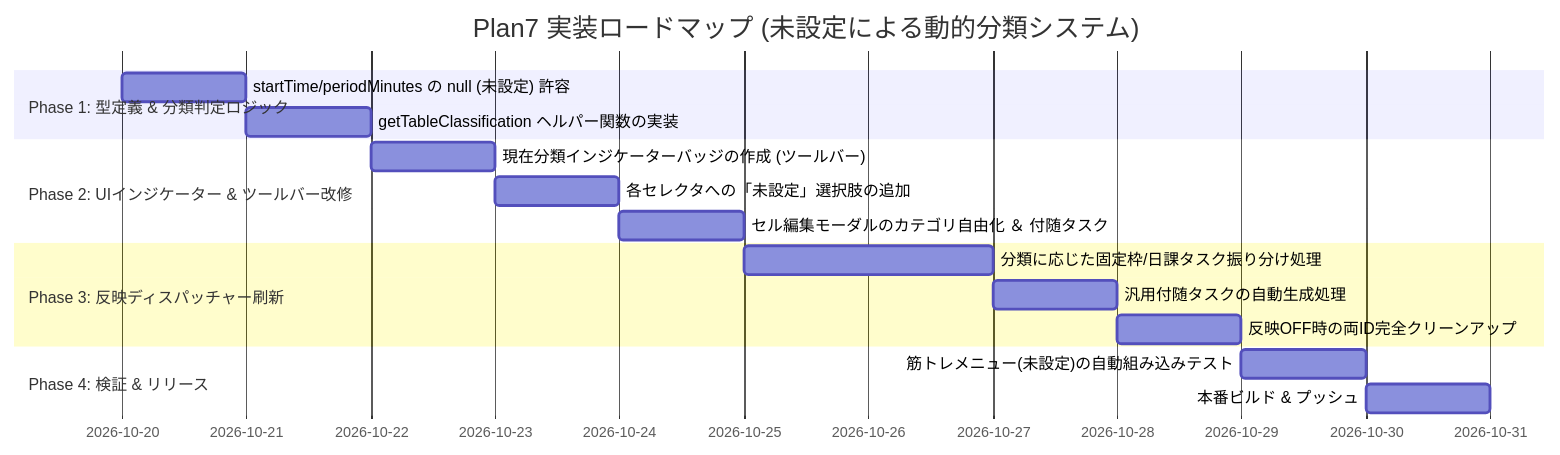
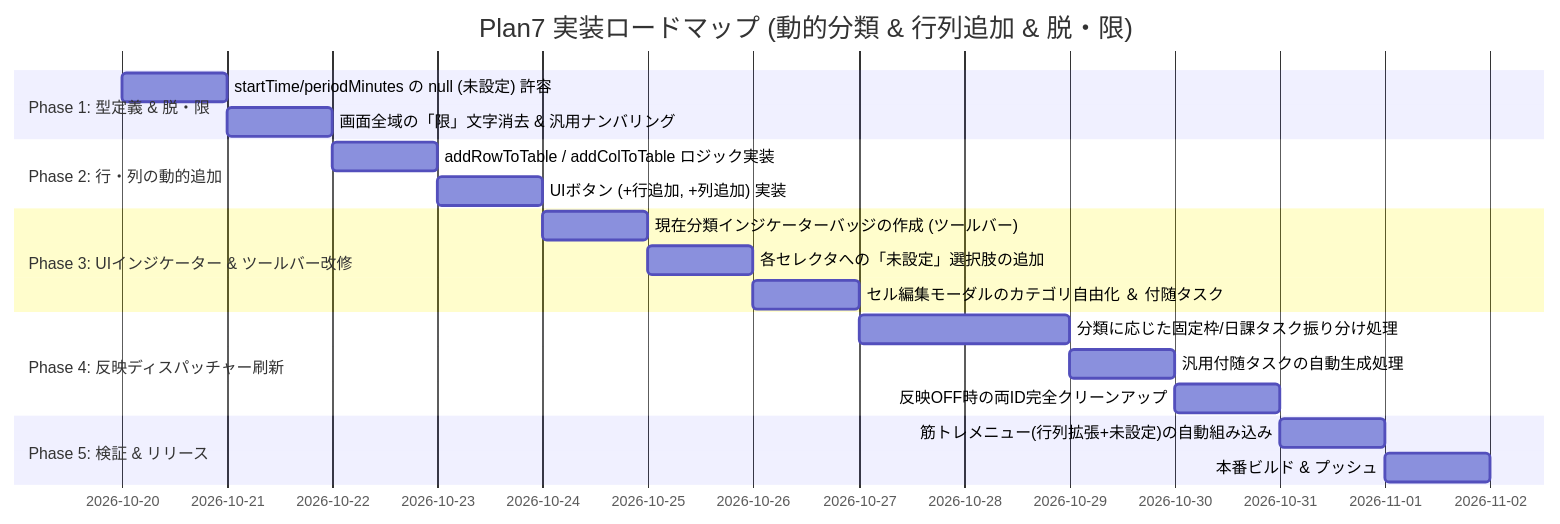
One commit to chku25062-sketch/creation_1 changed the fourth of 4 diagrams in Plan7.md. Above: the diagram before and after it, drawn with Mermaid. The commit also changed other lines of this file, not shown here.

Commit message:
docs: expand Plan7.md with row/column addition and removal of '限' suffix

````diff
--- a/Plan7.md
+++ b/Plan7.md
@@ -271,19 +373,22 @@
 ```mermaid
 gantt
-    title Plan7 実装ロードマップ (未設定による動的分類システム)
+    title Plan7 実装ロードマップ (動的分類 & 行列追加 & 脱・限)
     dateFormat  YYYY-MM-DD
-    section Phase 1: 型定義 & 分類判定ロジック
+    section Phase 1: 型定義 & 脱・限
     startTime/periodMinutes の null (未設定) 許容 :p1_1, 2026-10-20, 1d
-    getTableClassification ヘルパー関数の実装     :p1_2, after p1_1, 1d
-    section Phase 2: UIインジケーター & ツールバー改修
-    現在分類インジケーターバッジの作成 (ツールバー) :p2_1, after p1_2, 1d
-    各セレクタへの「未設定」選択肢の追加           :p2_2, after p2_1, 1d
-    セル編集モーダルのカテゴリ自由化 ＆ 付随タスク :p2_3, after p2_2, 1d
-    section Phase 3: 反映ディスパッチャー刷新
-    分類に応じた固定枠/日課タスク振り分け処理     :p3_1, after p2_3, 2d
-    汎用付随タスクの自動生成処理                   :p3_2, after p3_1, 1d
-    反映OFF時の両ID完全クリーンアップ             :p3_3, after p3_2, 1d
-    section Phase 4: 検証 & リリース
-    筋トレメニュー(未設定)の自動組み込みテスト    :p4_1, after p3_3, 1d
-    本番ビルド & プッシュ                         :p4_2, after p4_1, 1d
+    画面全域の「限」文字消去 & 汎用ナンバリング   :p1_2, after p1_1, 1d
+    section Phase 2: 行・列の動的追加
+    addRowToTable / addColToTable ロジック実装    :p2_1, after p1_2, 1d
+    UIボタン (+行追加, +列追加) 実装              :p2_2, after p2_1, 1d
+    section Phase 3: UIインジケーター & ツールバー改修
+    現在分類インジケーターバッジの作成 (ツールバー) :p3_1, after p2_2, 1d
+    各セレクタへの「未設定」選択肢の追加           :p3_2, after p3_1, 1d
+    セル編集モーダルのカテゴリ自由化 ＆ 付随タスク :p3_3, after p3_2, 1d
+    section Phase 4: 反映ディスパッチャー刷新
+    分類に応じた固定枠/日課タスク振り分け処理     :p4_1, after p3_3, 2d
+    汎用付随タスクの自動生成処理                   :p4_2, after p4_1, 1d
+    反映OFF時の両ID完全クリーンアップ             :p4_3, after p4_2, 1d
+    section Phase 5: 検証 & リリース
+    筋トレメニュー(行列拡張+未設定)の自動組み込み :p5_1, after p4_3, 1d
+    本番ビルド & プッシュ                         :p5_2, after p5_1, 1d
 ```
````
